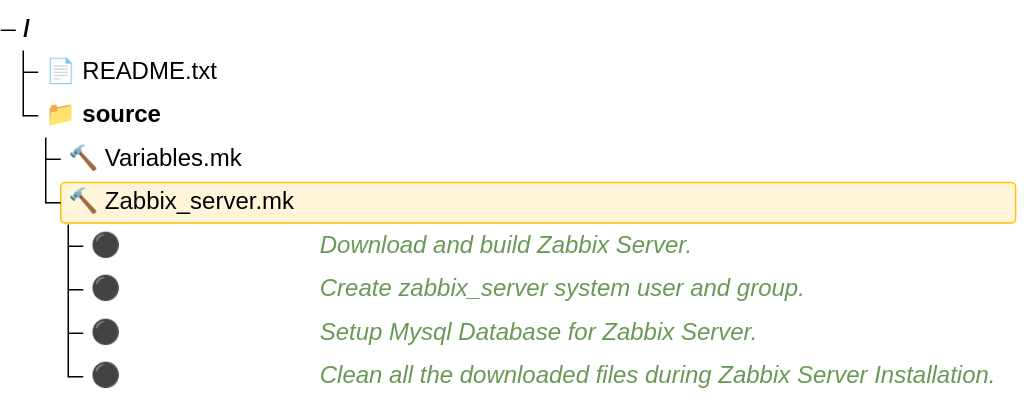
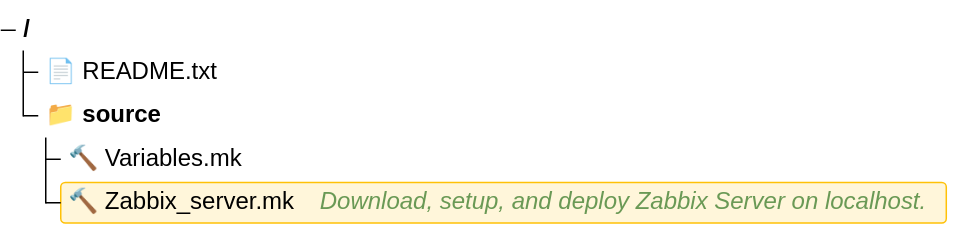
One commit to Zai4ikManiak/Cyber-Security-Study changed the diagram in README.md. Above: the diagram before and after it, drawn with Mermaid.

Commit message:
modified:   README.md

````diff
--- a/README.md
+++ b/README.md
@@ -2,17 +2,13 @@
 ```mermaid
 ---
 config:
     treeView:
         showIcons: false
         defaultIconPack: material-icon-theme
 ---
 treeView-beta
     📄 README.txt
     📁 source/ 
         🔨 Variables.mk
-        🔨 Zabbix_server.mk :::highlight
-            ⚫ ## Download and build Zabbix Server.
-            ⚫ ## Create zabbix_server system user and group.
-            ⚫ ## Setup Mysql Database for Zabbix Server.
-            ⚫ ## Clean all the downloaded files during Zabbix Server Installation.
+        🔨 Zabbix_server.mk :::highlight ## Download, setup, and deploy Zabbix Server on localhost.
 ```
````
